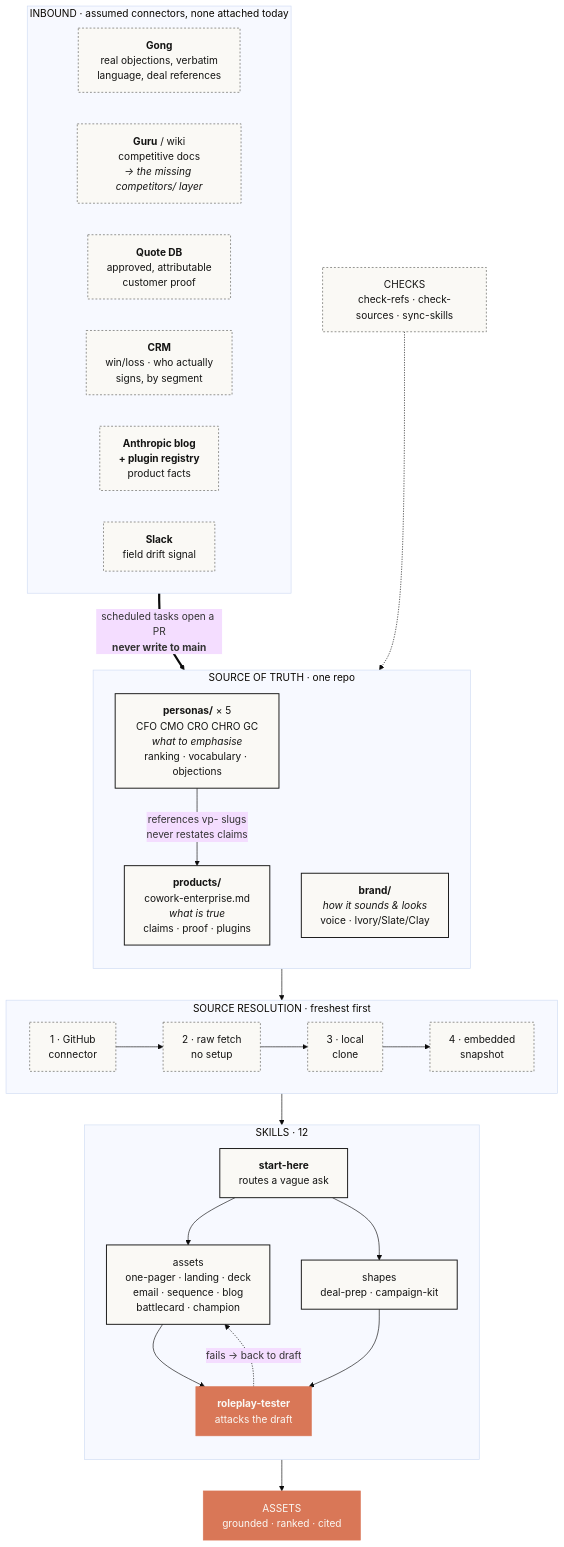
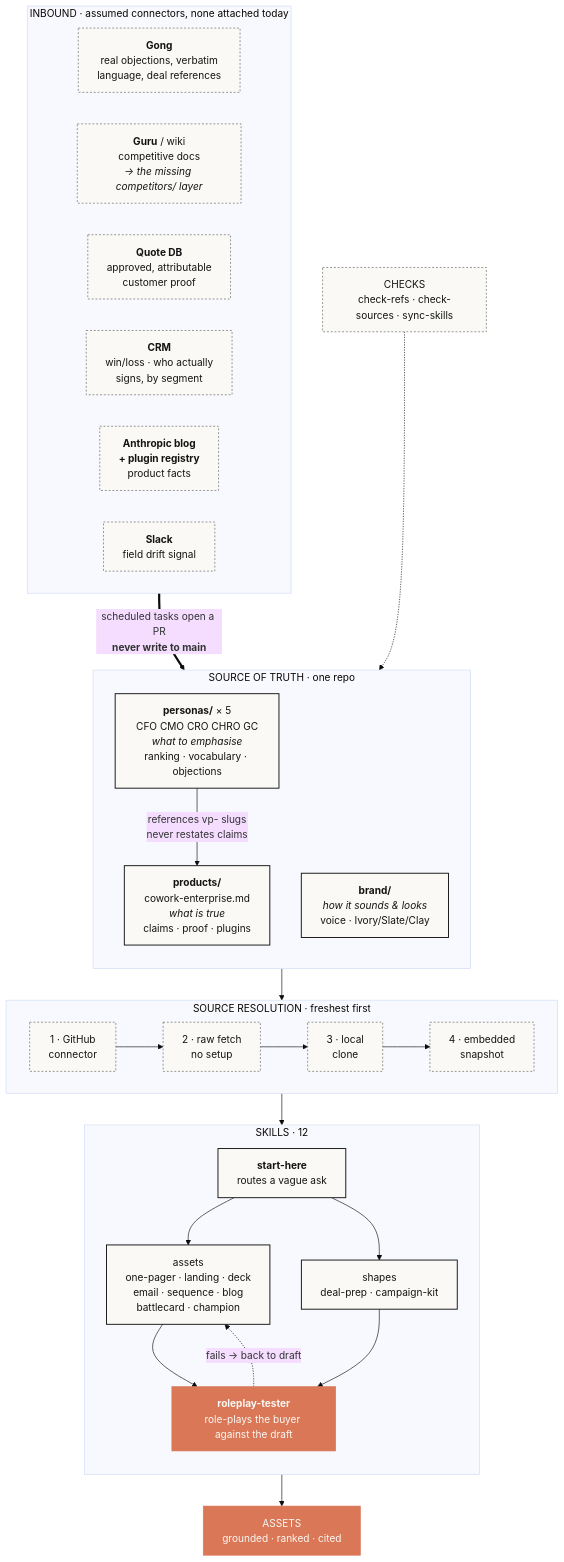
Before and after one commit to amulyauppala1-jpg/Claude-Cowork-Positioning: the diagram in ARCHITECTURE.md, drawn with Mermaid (base theme). The commit also changed other lines of this file and 6 other files, not shown here.

First line of the commit message:
Say role-plays rather than attacks

````diff
--- a/ARCHITECTURE.md
+++ b/ARCHITECTURE.md
@@ -3,49 +3,49 @@
 ```mermaid
 flowchart TB
     subgraph FEED["INBOUND · assumed connectors, none attached today"]
         direction LR
         G["<b>Gong</b><br/>real objections, verbatim<br/>language, deal references"]
         GU["<b>Guru</b> / wiki<br/>competitive docs<br/><i>→ the missing competitors/ layer</i>"]
         UE["<b>Quote DB</b><br/>approved, attributable<br/>customer proof"]
         SF["<b>CRM</b><br/>win/loss · who actually<br/>signs, by segment"]
         AN["<b>Anthropic blog<br/>+ plugin registry</b><br/>product facts"]
         SL["<b>Slack</b><br/>field drift signal"]
     end
 
     subgraph SRC["SOURCE OF TRUTH · one repo"]
         direction TB
         P["<b>products/</b><br/>cowork-enterprise.md<br/><i>what is true</i><br/>claims · proof · plugins"]
         PER["<b>personas/</b> × 5<br/>CFO CMO CRO CHRO GC<br/><i>what to emphasise</i><br/>ranking · vocabulary · objections"]
         B["<b>brand/</b><br/><i>how it sounds &amp; looks</i><br/>voice · Ivory/Slate/Clay"]
         PER -- "references vp- slugs<br/>never restates claims" --> P
     end
 
     subgraph RES["SOURCE RESOLUTION · freshest first"]
         direction LR
         R1["1 · GitHub<br/>connector"] --> R2["2 · raw fetch<br/>no setup"] --> R3["3 · local<br/>clone"] --> R4["4 · embedded<br/>snapshot"]
     end
 
     subgraph SK["SKILLS · 12"]
         direction TB
         SH["<b>start-here</b><br/>routes a vague ask"]
         A["assets<br/>one-pager · landing · deck<br/>email · sequence · blog<br/>battlecard · champion"]
         SP["shapes<br/>deal-prep · campaign-kit"]
-        T["<b>roleplay-tester</b><br/>attacks the draft"]
+        T["<b>roleplay-tester</b><br/>role-plays the buyer against the draft"]
         SH --> A & SP --> T
     end
 
     OUT["ASSETS<br/>grounded · ranked · cited"]
     CHK["CHECKS<br/>check-refs · check-sources · sync-skills"]
 
     FEED ==>|"scheduled tasks open a PR<br/><b>never write to main</b>"| SRC
     SRC --> RES --> SK --> OUT
     CHK -.-> SRC
     T -.->|"fails → back to draft"| A
 
     classDef src fill:#FAF9F5,stroke:#141413,stroke-width:1.5px,color:#141413
     classDef acc fill:#D97757,stroke:#D97757,color:#FAF9F5
     classDef plain fill:#FAF9F5,stroke:#5c5b57,stroke-dasharray:3 3,color:#141413
     class P,PER,B,SH,A,SP src
     class OUT,T acc
     class CHK,R1,R2,R3,R4,G,GU,UE,SF,AN,SL plain
 ```
````
